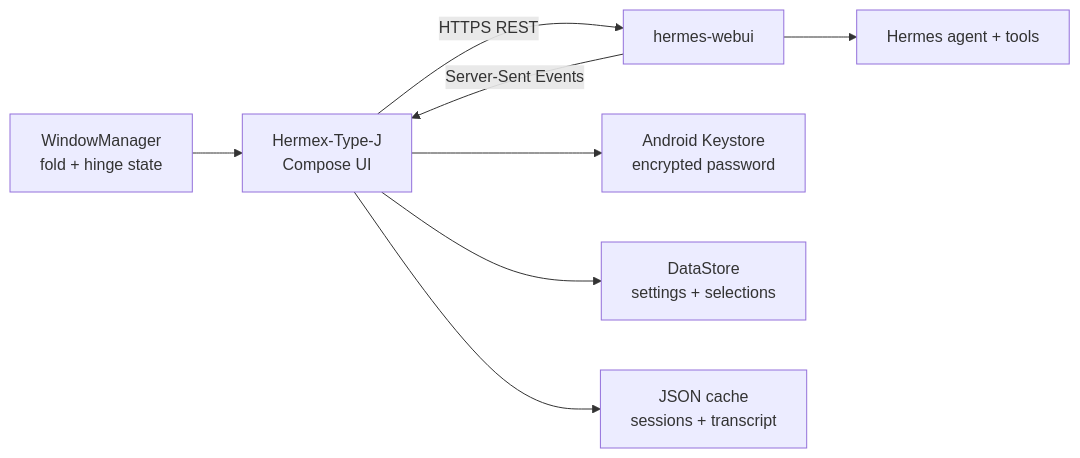
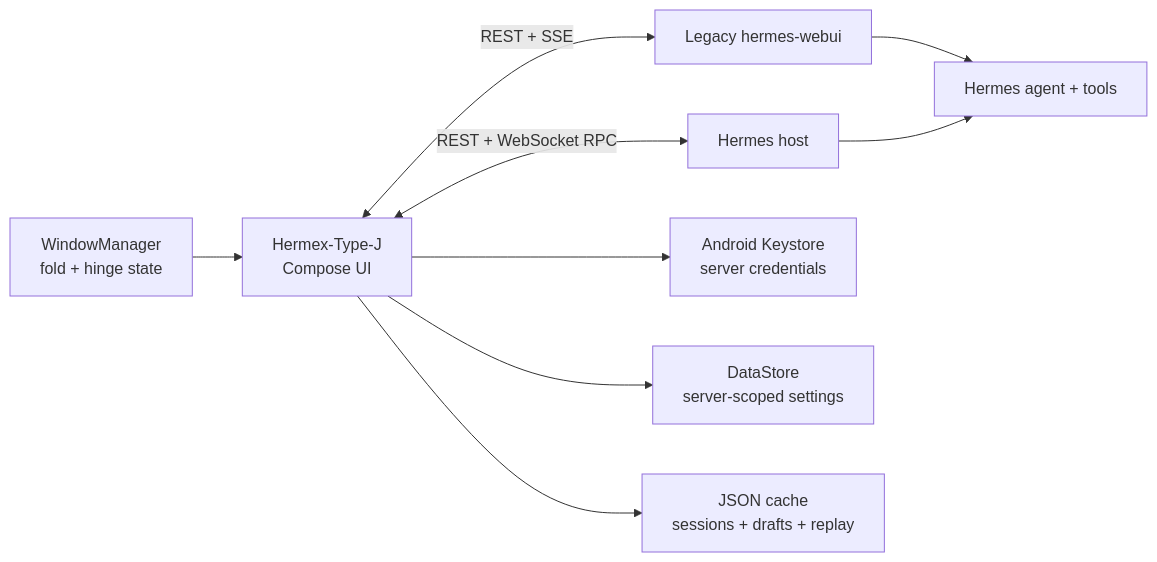
Before and after one commit to MematiBas42/Hermex-Type-J: the diagram in README.md, drawn with Mermaid. The commit also changed other lines of this file and 6 other files, not shown here.

Commit message:
feat(android): prepare Type-J 3.0 with Tokyo Night defaults

````diff
--- a/README.md
+++ b/README.md
@@ -329,10 +331,11 @@
 ```mermaid
 flowchart LR
-    A[Hermex-Type-J<br/>Compose UI] -->|HTTPS REST| B[hermes-webui]
-    B -->|Server-Sent Events| A
+    A[Hermex-Type-J<br/>Compose UI] <-->|REST + WebSocket RPC| H[Hermes host]
+    A <-->|REST + SSE| B[Legacy hermes-webui]
     B --> C[Hermes agent + tools]
-    A --> D[Android Keystore<br/>encrypted password]
-    A --> E[DataStore<br/>settings + selections]
-    A --> F[JSON cache<br/>sessions + transcript]
+    H --> C
+    A --> D[Android Keystore<br/>server credentials]
+    A --> E[DataStore<br/>server-scoped settings]
+    A --> F[JSON cache<br/>sessions + drafts + replay]
     G[WindowManager<br/>fold + hinge state] --> A
 ```
````
